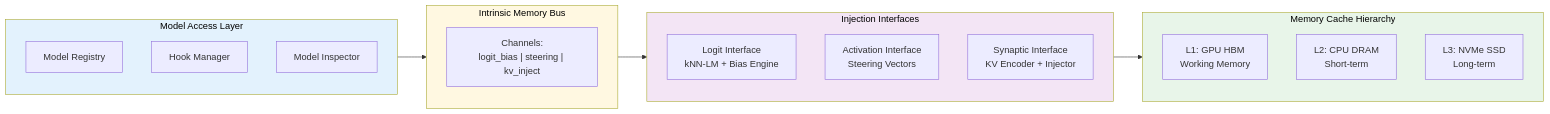
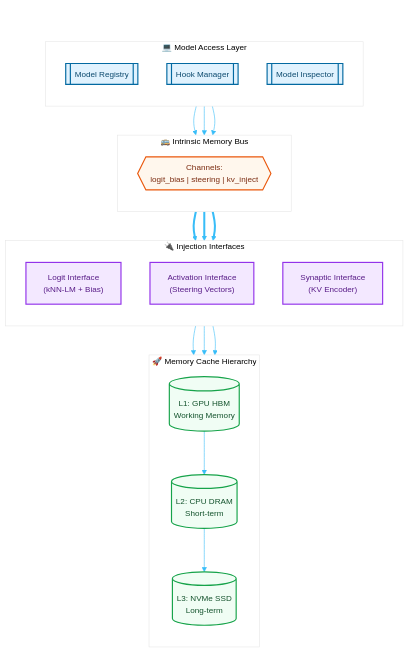
Diagram 11 of 11 in README.md (avinash-mall/CognitiveMemoryLayer), drawn with Mermaid before and after one commit. The commit also changed other lines of this file, not shown here.

Commit message:
Refactor README.md with updated mermaid diagrams

````diff
--- a/README.md
+++ b/README.md
@@ -739,33 +1160,83 @@
 ```mermaid
-flowchart LR
-    subgraph MAL["Model Access Layer"]
-        registry["Model Registry"]
-        hooks["Hook Manager"]
-        inspector["Model Inspector"]
+%%{
+  init: {
+    'theme': 'base',
+    'themeVariables': {
+      'primaryColor': '#F0F9FF',
+      'primaryTextColor': '#0369a1',
+      'primaryBorderColor': '#0ea5e9',
+      'lineColor': '#38bdf8',
+      'tertiaryColor': '#ffffff',
+      'fontSize': '14px'
+    }
+  }
+}%%
+flowchart TD
+    %% --- Style Definitions --- %%
+    classDef mal fill:#e0f2fe,stroke:#0369a1,stroke-width:2px,color:#0c4a6e;
+    classDef bus fill:#fff7ed,stroke:#ea580c,stroke-width:2px,color:#7c2d12;
+    classDef interface fill:#f3e8ff,stroke:#9333ea,stroke-width:2px,color:#581c87;
+    classDef cache fill:#f0fdf4,stroke:#16a34a,stroke-width:2px,color:#14532d;
+    classDef hidden fill:none,stroke:none,color:#fff,width:0px,height:0px;
+
+    %% 1. Spacer for Gap
+    Spacer("&nbsp;"):::hidden
+
+    %% 2. Model Access Layer
+    subgraph MAL ["💻 Model Access Layer"]
+        direction TB
+        Registry[[Model Registry]]:::mal
+        Hooks[[Hook Manager]]:::mal
+        Inspect[[Model Inspector]]:::mal
     end
-  
-    subgraph Bus["Intrinsic Memory Bus"]
-        channels["Channels:<br/>logit_bias | steering | kv_inject"]
+
+    %% 3. Bus
+    subgraph Bus ["🚌 Intrinsic Memory Bus"]
+        direction TB
+        Channels{{"Channels:
+        logit_bias | steering | kv_inject"}}:::bus
     end
-  
-    subgraph Interfaces["Injection Interfaces"]
-        logit2["Logit Interface<br/>kNN-LM + Bias Engine"]
-        activation2["Activation Interface<br/>Steering Vectors"]
-        synaptic2["Synaptic Interface<br/>KV Encoder + Injector"]
+
+    %% 4. Interfaces
+    subgraph Interfaces ["🔌 Injection Interfaces"]
+        direction TB
+        Logit["Logit Interface
+        (kNN-LM + Bias)"]:::interface
+        
+        Activation["Activation Interface
+        (Steering Vectors)"]:::interface
+        
+        Synaptic["Synaptic Interface
+        (KV Encoder)"]:::interface
     end
-  
-    subgraph Cache["Memory Cache Hierarchy"]
-        l1["L1: GPU HBM<br/>Working Memory"]
-        l2["L2: CPU DRAM<br/>Short-term"]
-        l3["L3: NVMe SSD<br/>Long-term"]
+
+    %% 5. Cache Hierarchy
+    subgraph Cache ["🚀 Memory Cache Hierarchy"]
+        direction TB
+        L1[("L1: GPU HBM
+        Working Memory")]:::cache
+        
+        L2[("L2: CPU DRAM
+        Short-term")]:::cache
+        
+        L3[("L3: NVMe SSD
+        Long-term")]:::cache
     end
-  
-    MAL --> Bus
-    Bus --> Interfaces
-    Interfaces --> Cache
-  
-    style MAL fill:#e3f2fd,color:#000
-    style Bus fill:#fff8e1,color:#000
-    style Interfaces fill:#f3e5f5,color:#000
-    style Cache fill:#e8f5e9,color:#000
+
+    %% --- Wiring ---
+    Spacer --- Registry
+
+    %% Logic Flow
+    Registry & Hooks & Inspect --> Channels
+    
+    Channels ==> Logit
+    Channels ==> Activation
+    Channels ==> Synaptic
+    
+    Logit & Activation & Synaptic --> L1
+    L1 --> L2
+    L2 --> L3
+
+    %% Hide the spacer link
+    linkStyle 0 stroke-width:0px,fill:none;
 ```
````
